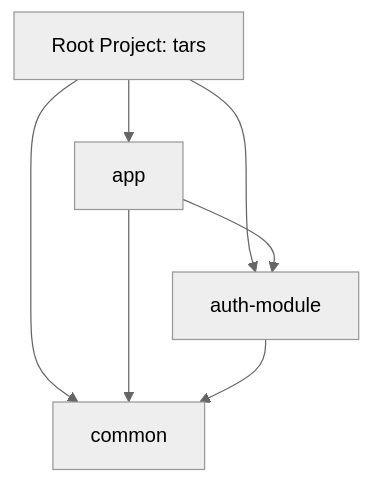
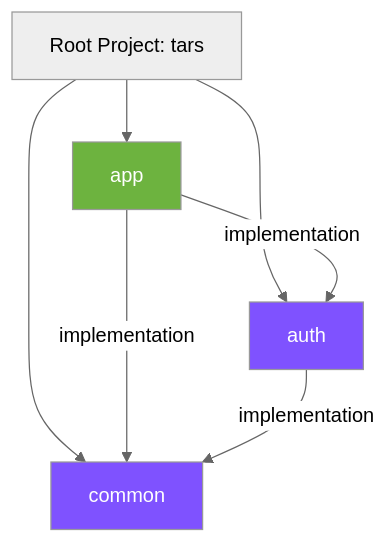
Before and after one commit to christopher3810/tars: the first of 3 diagrams in multi-module-structure.md, drawn with Mermaid (neutral theme). The commit also changed other lines of this file, not shown here.

````diff
--- a/multi-module-structure.md
+++ b/multi-module-structure.md
@@ -7,10 +7,16 @@
 ```mermaid
 graph TD
     Root[Root Project: tars] --> App[app]
-    Root --> Auth[auth-module]
+    Root --> Auth[auth]
     Root --> Common[common]
     
-    App --> Auth
-    App --> Common
-    Auth --> Common
+    App -->|implementation| Auth
+    App -->|implementation| Common
+    Auth -->|implementation| Common
+    
+    classDef spring fill:#6DB33F,color:white;
+    classDef kotlin fill:#7F52FF,color:white;
+    
+    class App spring;
+    class Auth,Common kotlin;
 ```
````
